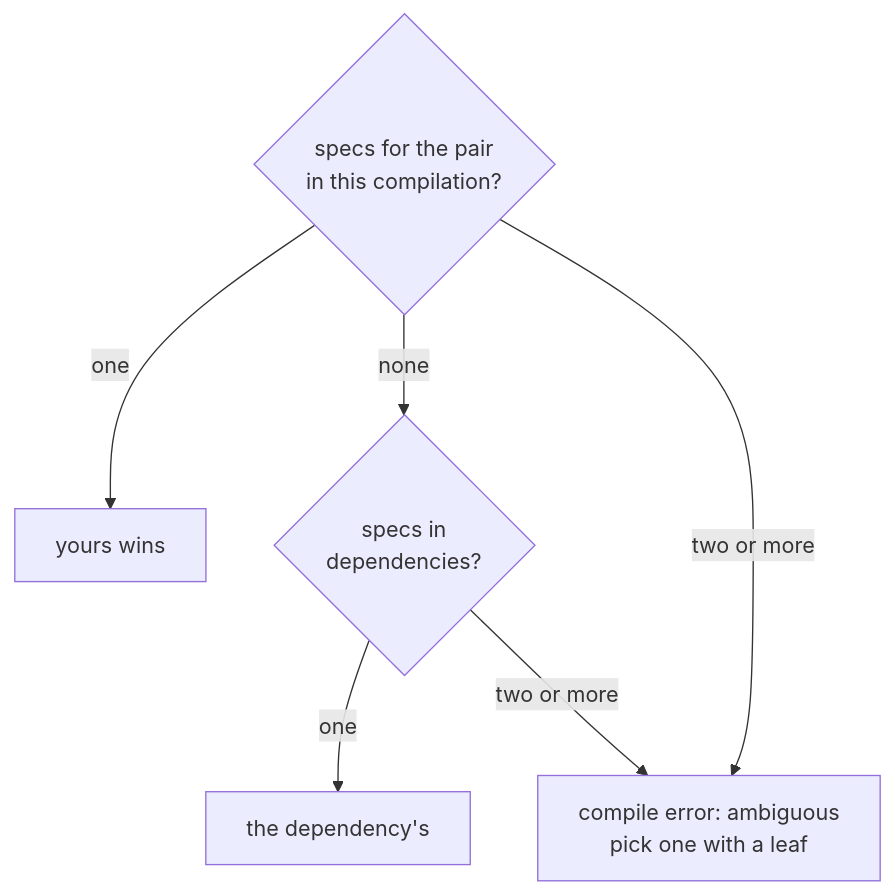
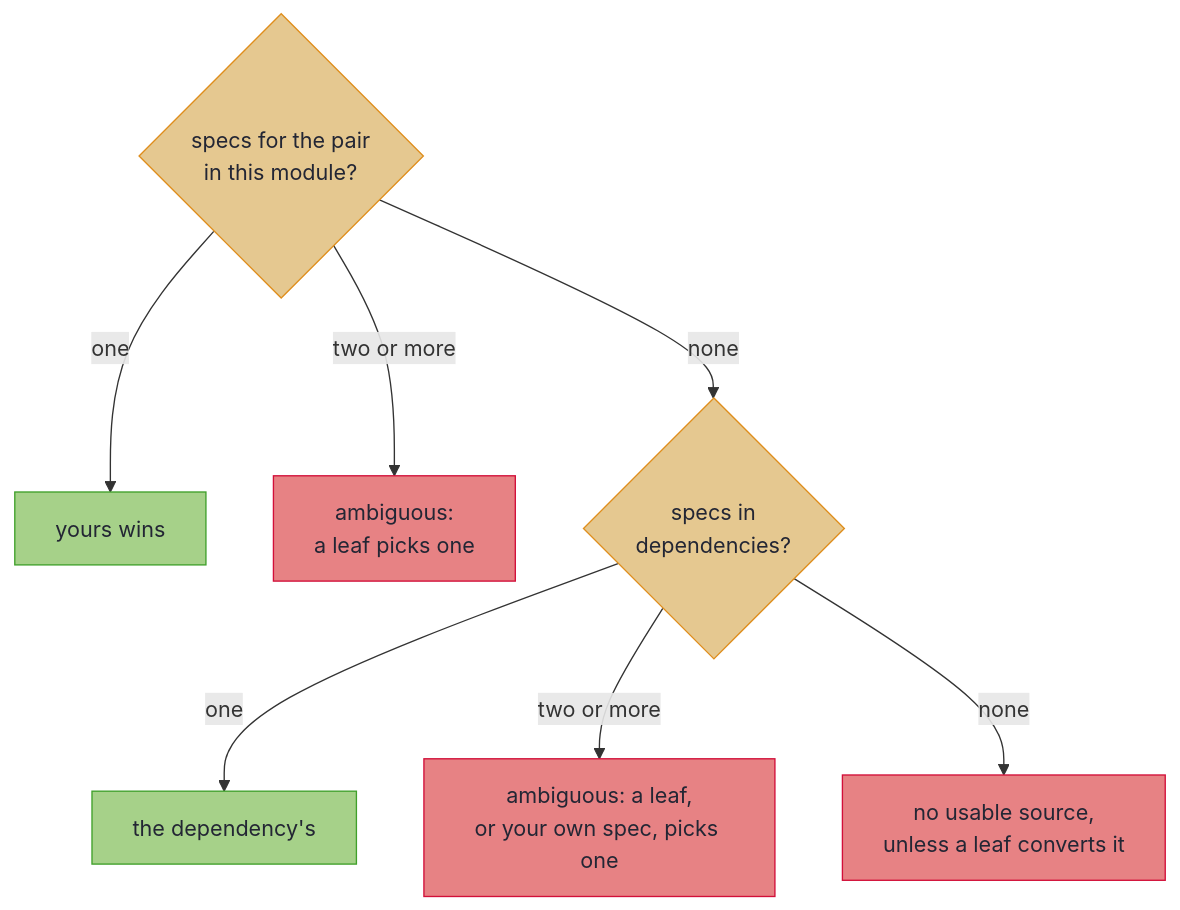
Before and after one commit to higher-kinded-j/higher-kinded-j: the third of 3 diagrams in hkj-book/src/mapping/structure.md, drawn with Mermaid. The commit also changed other lines of this file and 7 other files, not shown here.

````diff
--- a/hkj-book/src/mapping/structure.md
+++ b/hkj-book/src/mapping/structure.md
@@ -258,10 +275,18 @@
 ```mermaid
 flowchart TD
     accTitle: Which spec maps a pair
-    accDescr: One spec for the pair in this compilation wins. With none, a single dependency's spec is used. Two or more at either level are ambiguous, a compile error that a leaf naming the one you mean resolves, or for dependencies your own spec.
-    Q{"specs for the pair<br/>in this compilation?"} -->|one| O["yours wins"]
+    accDescr: One spec for the pair in this module wins. With none, a single dependency's spec is used. With none anywhere, the pair needs a leaf or the build stops. Two or more in this module are ambiguous until a leaf picks one; two or more in dependencies until a leaf or your own spec picks one.
+    Q{"specs for the pair<br/>in this module?"} -->|one| O["yours wins"]
+    Q -->|two or more| A1["ambiguous:<br/>a leaf picks one"]
     Q -->|none| D{"specs in<br/>dependencies?"}
-    Q -->|two or more| A["compile error: ambiguous<br/>pick one with a leaf"]
     D -->|one| U["the dependency's"]
-    D -->|two or more| A
+    D -->|two or more| A2["ambiguous: a leaf,<br/>or your own spec, picks one"]
+    D -->|none| N["no usable source,<br/>unless a leaf converts it"]
+
+    classDef decision fill:#e5c890,stroke:#df8e1d,color:#232634
+    classDef tier fill:#a6d189,stroke:#40a02b,color:#232634
+    classDef error fill:#e78284,stroke:#d20f39,color:#232634
+    class Q,D decision
+    class O,U tier
+    class A1,A2,N error
 ```
````
